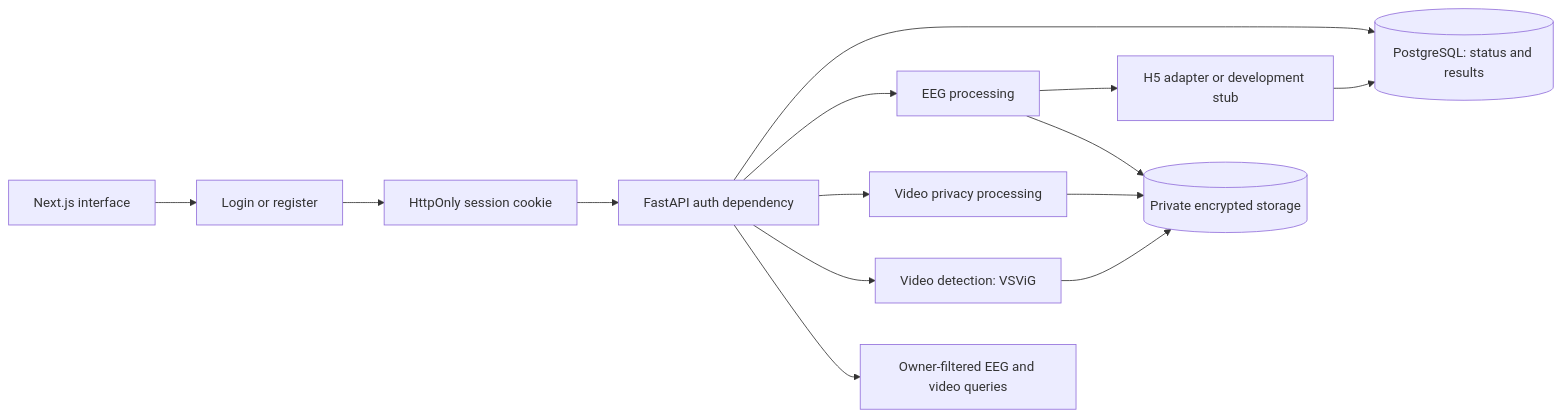
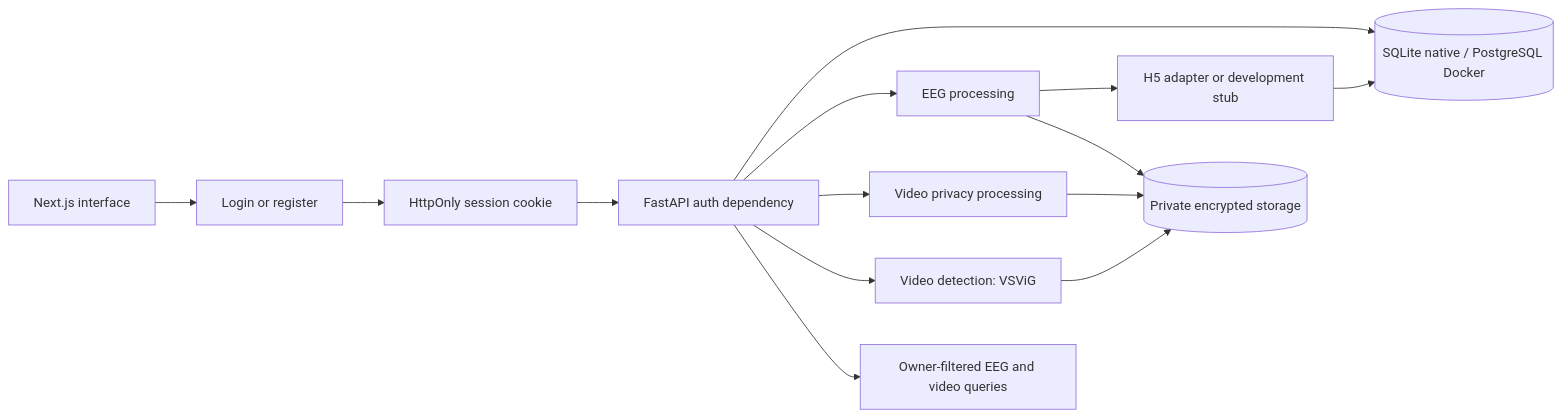
Before and after one commit to 4ffaad/FYP-MDS01: the diagram in README.md, drawn with Mermaid. The commit also changed other lines of this file and 12 other files, not shown here.

Commit message:
add native SQLite prototype runtime

````diff
--- a/README.md
+++ b/README.md
@@ -39,16 +69,16 @@
 ```mermaid
 flowchart LR
     Browser[Next.js interface] --> Auth[Login or register]
     Auth --> Cookie[HttpOnly session cookie]
     Cookie --> API[FastAPI auth dependency]
-    API --> DB[(PostgreSQL: status and results)]
+    API --> DB[(SQLite native / PostgreSQL Docker)]
     API --> EEG[EEG processing]
     API --> Video[Video privacy processing]
     API --> Detection[Video detection: VSViG]
     Detection --> Files
     EEG --> Model[H5 adapter or development stub]
     Model --> DB
     EEG --> Files[(Private encrypted storage)]
     Video --> Files
     API --> Owner[Owner-filtered EEG and video queries]
 ```
````
